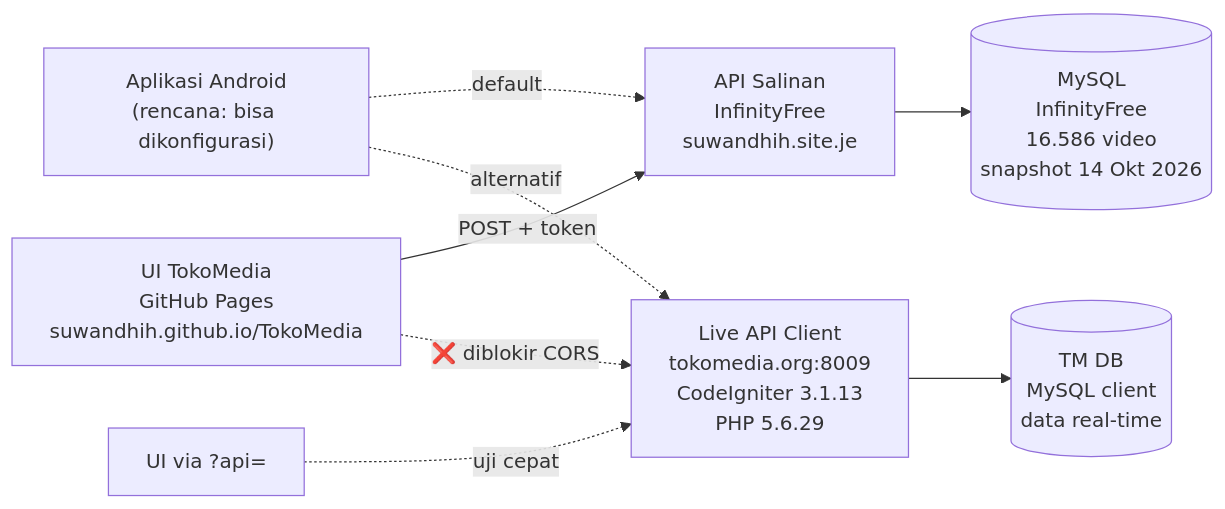
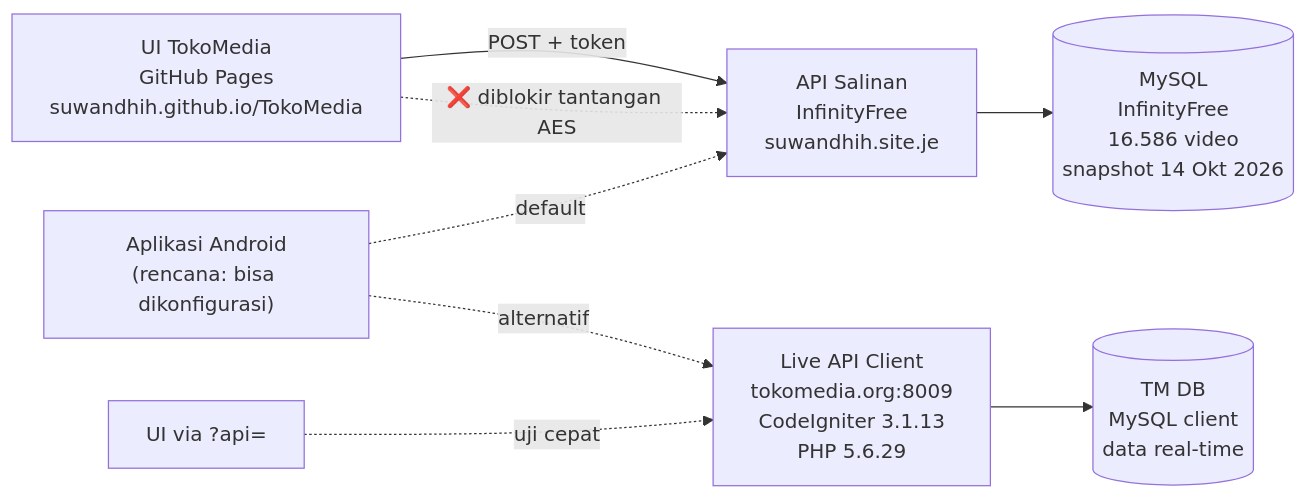
The first of 2 diagrams in rencanakerja.md (suwandhih/TokoMedia), drawn with Mermaid before and after one commit. The commit also changed other lines of this file and 4 other files, not shown here.

````diff
--- a/rencanakerja.md
+++ b/rencanakerja.md
@@ -68,11 +70,11 @@
 ```mermaid
 flowchart LR
     A["UI TokoMedia<br/>GitHub Pages<br/>suwandhih.github.io/TokoMedia"] -->|"POST + token"| B["API Salinan<br/>InfinityFree<br/>suwandhih.site.je"]
     B --> C[("MySQL<br/>InfinityFree<br/>16.586 video<br/>snapshot 14 Okt 2026")]
     D["Aplikasi Android<br/>(rencana: bisa dikonfigurasi)"] -.->|"default"| B
     D -.->|"alternatif"| E
     F["UI via ?api="] -.->|"uji cepat"| E
     E["Live API Client<br/>tokomedia.org:8009<br/>CodeIgniter 3.1.13<br/>PHP 5.6.29"]
     E --> G[("TM DB<br/>MySQL client<br/>data real-time")]
-    A -.->|"❌ diblokir CORS"| E
+    A -.->|"❌ diblokir tantangan AES"| B
 ```
````
